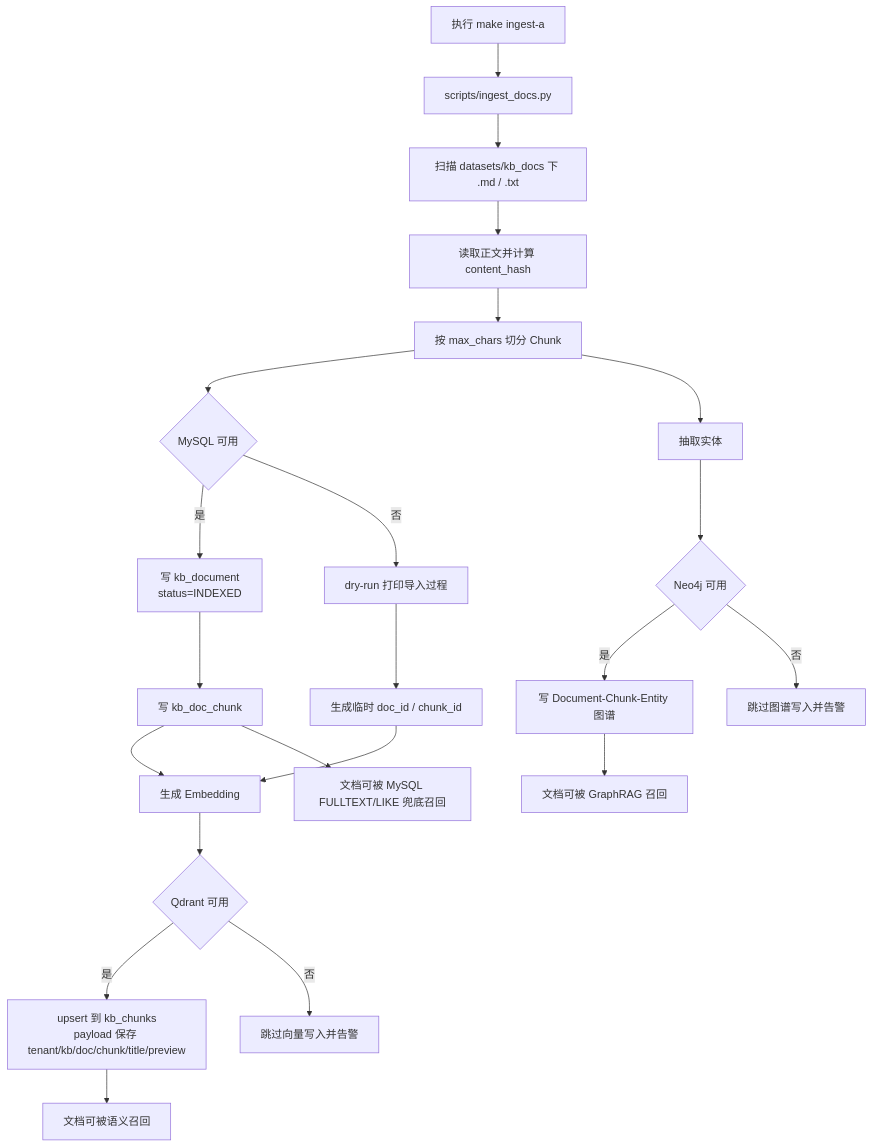
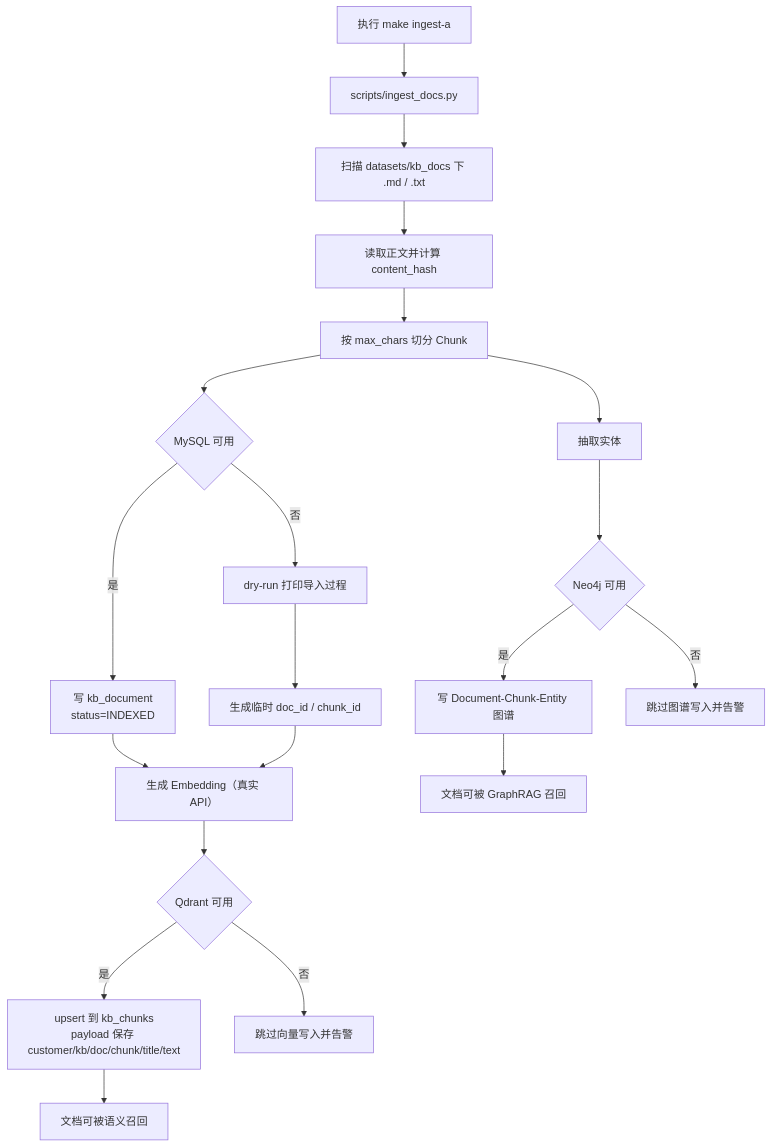
The third of 6 diagrams in docs/KB_OPERATION_FLOW.md (CarlosYonng/ai-agent-portfolio), drawn with Mermaid before and after one commit. The commit also changed other lines of this file and 271 other files, not shown here.

````diff
--- a/docs/KB_OPERATION_FLOW.md
+++ b/docs/KB_OPERATION_FLOW.md
@@ -69,24 +68,22 @@
 ```mermaid
 flowchart TD
     A["执行 make ingest-a"] --> B["scripts/ingest_docs.py"]
     B --> C["扫描 datasets/kb_docs 下 .md / .txt"]
     C --> D["读取正文并计算 content_hash"]
     D --> E["按 max_chars 切分 Chunk"]
     E --> F{MySQL 可用}
     F -->|是| G["写 kb_document<br/>status=INDEXED"]
     F -->|否| H["dry-run 打印导入过程"]
-    G --> I["写 kb_doc_chunk"]
     H --> J["生成临时 doc_id / chunk_id"]
-    I --> K["生成 Embedding"]
+    G --> K["生成 Embedding（真实 API）"]
     J --> K
     K --> L{Qdrant 可用}
-    L -->|是| M["upsert 到 kb_chunks<br/>payload 保存 tenant/kb/doc/chunk/title/preview"]
+    L -->|是| M["upsert 到 kb_chunks<br/>payload 保存 customer/kb/doc/chunk/title/text"]
     L -->|否| N["跳过向量写入并告警"]
     E --> O["抽取实体"]
     O --> P{Neo4j 可用}
     P -->|是| Q["写 Document-Chunk-Entity 图谱"]
     P -->|否| R["跳过图谱写入并告警"]
     M --> S["文档可被语义召回"]
     Q --> T["文档可被 GraphRAG 召回"]
-    I --> U["文档可被 MySQL FULLTEXT/LIKE 兜底召回"]
 ```
````
